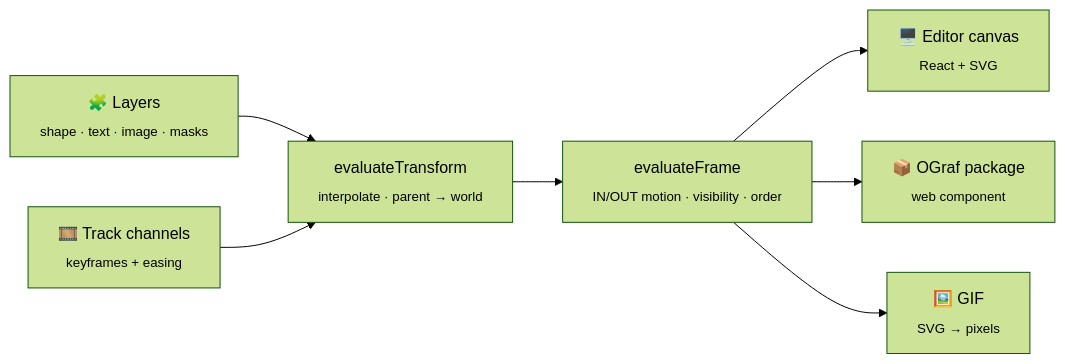
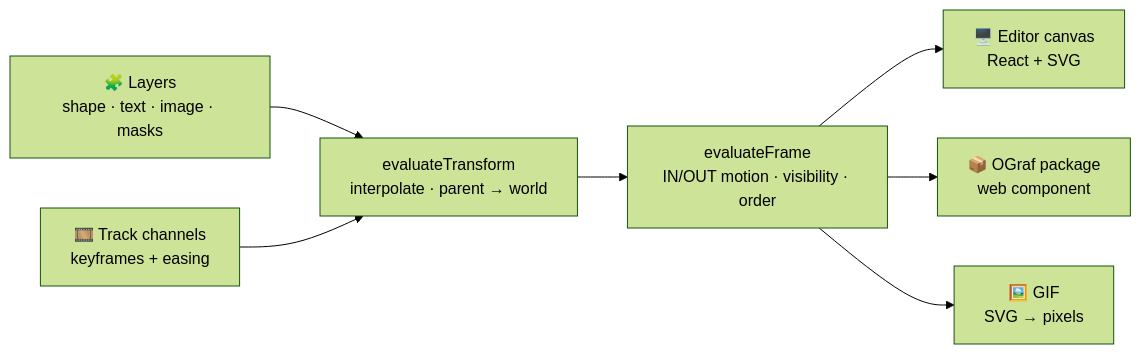
One commit to ErtugrulAK/keyframe-character-studio changed the first of 4 diagrams in README.md. Above: the diagram before and after it, drawn with Mermaid (forest theme). The commit also changed other lines of this file and 2 other files, not shown here.

First line of the commit message:
docs(repo): diagram labels fit their boxes; readable pie and release graph

````diff
--- a/README.md
+++ b/README.md
@@ -52,9 +52,9 @@
 ```mermaid
 flowchart LR
-    P["🧩 Layers<br/><sub>shape · text · image · masks</sub>"] --> T
-    K["🎞️ Track channels<br/><sub>keyframes + easing</sub>"] --> T
-    T["evaluateTransform<br/><sub>interpolate · parent → world</sub>"] --> F["evaluateFrame<br/><sub>IN/OUT motion · visibility · order</sub>"]
-    F --> E["🖥️ Editor canvas<br/><sub>React + SVG</sub>"]
-    F --> O["📦 OGraf package<br/><sub>web component</sub>"]
-    F --> G["🖼️ GIF<br/><sub>SVG → pixels</sub>"]
+    P["🧩 Layers<br/>shape · text · image · masks"] --> T
+    K["🎞️ Track channels<br/>keyframes + easing"] --> T
+    T["evaluateTransform<br/>interpolate · parent → world"] --> F["evaluateFrame<br/>IN/OUT motion · visibility · order"]
+    F --> E["🖥️ Editor canvas<br/>React + SVG"]
+    F --> O["📦 OGraf package<br/>web component"]
+    F --> G["🖼️ GIF<br/>SVG → pixels"]
 ```
````
